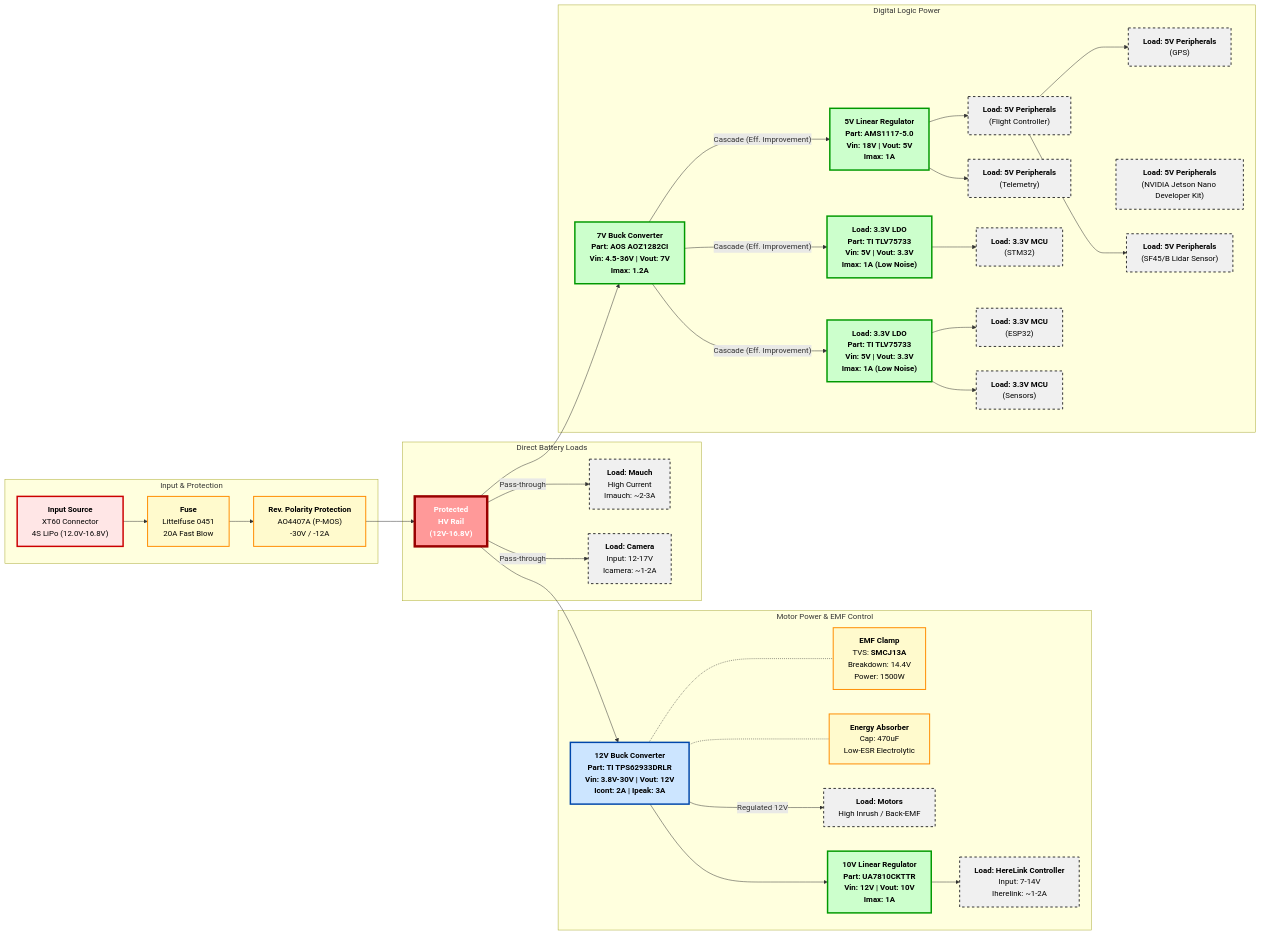
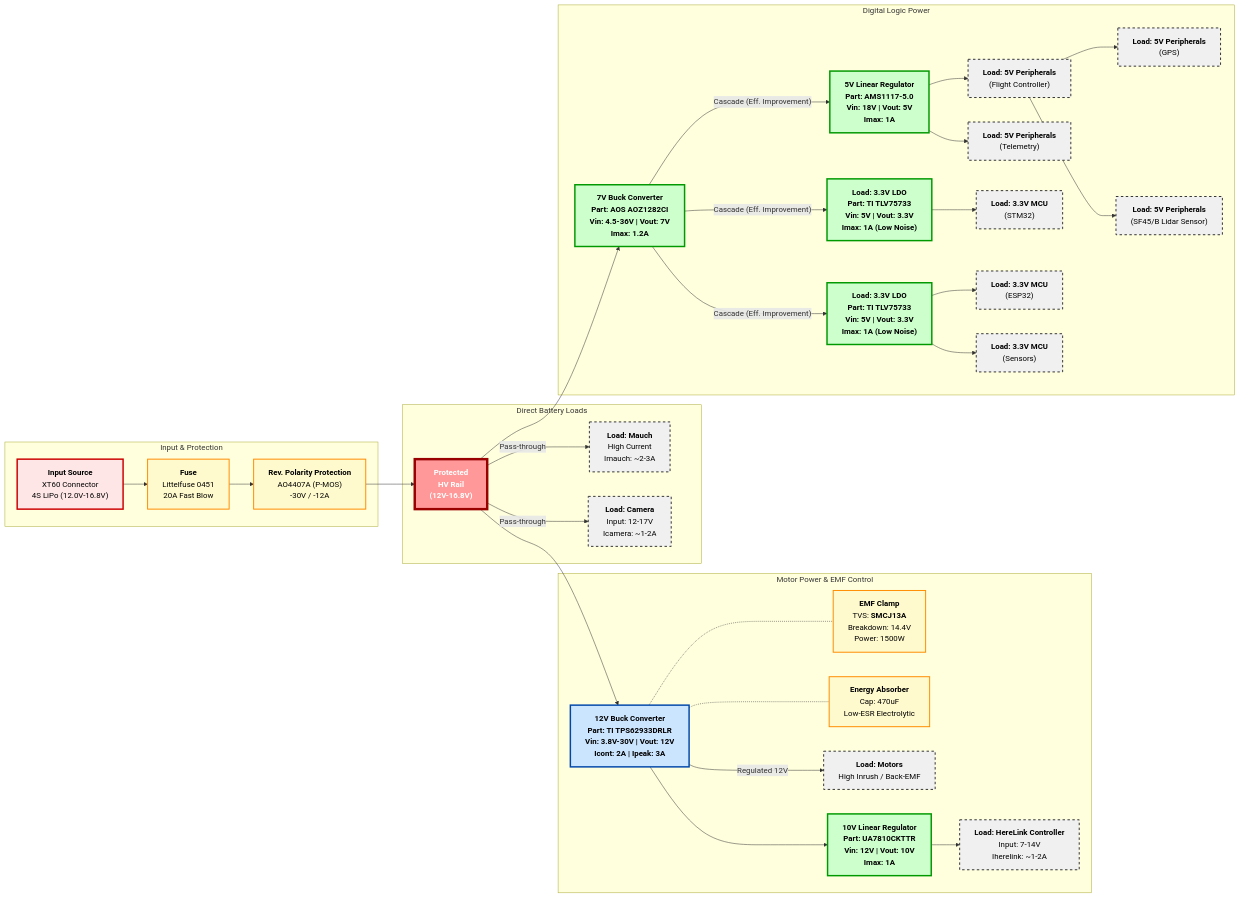
Before and after one commit to Alex-Eagles/Season_26_AE_Hardware_System: the diagram in README.md, drawn with Mermaid.

Commit message:
Remove references to NVIDIA Jetson Nano from README

```diff
--- a/README.md
+++ b/README.md
@@ -58,7 +58,6 @@
 
         FC["<b>Load: 5V Peripherals</b><br/>(Flight Controller)"]:::load
         GPS["<b>Load: 5V Peripherals</b><br/>(GPS)"]:::load
-        COMP["<b>Load: 5V Peripherals</b><br/>(NVIDIA Jetson Nano Developer Kit)"]:::load
         LIDAR["<b>Load: 5V Peripherals</b><br/>(SF45/B  Lidar Sensor)"]:::load
         TEL["<b>Load: 5V Peripherals</b><br/>(Telemetry)"]:::load
 
@@ -95,7 +94,6 @@
     click CAM "https://siyi.biz/siyi_file/A8%20mini/A8%20mini%20User%20Manual%20v1.6.pdf" "Open Siyi A8 Manual"
     click Herelink "https://docs.cubepilot.org/user-guides/herelink/herelink-overview" "Open Herelink Guide"
     click FC "https://ardupilot.org/copter/docs/common-thecubeorange-overview.html" "Open Orange Cube Overview"
-    click COMP "https://components101.com/development-boards/nvidia-jetson-nano-developer-kit" "Open Jetson Nano Specs"
     click GPS "https://docs.cubepilot.org/user-guides/here-3/here-3-manual" "Open Here3+ Manual"
     click LIDAR "https://acroname.com/sites/default/files/assets/sf45_-_lidar_datasheet_-_rev_1.pdf?srsltid=AfmBOoq0fV022RsXT6ty4rW7s-S2lTgYSgzYFJVHjju96_jtzy3MebCW" "Open SF45 LiDAR Datasheet"
     click TEL "https://files.rfdesign.com.au/Files/documents/RFD900x%20DataSheet%20V1.2.pdf" "Open RFD900x Datasheet"
```
